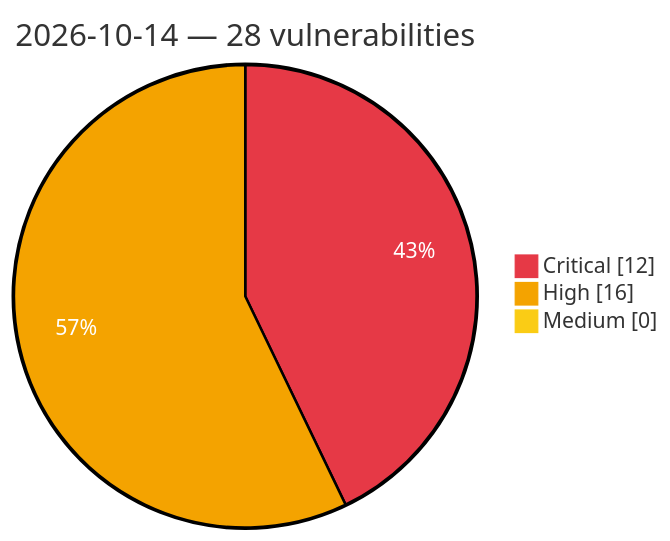
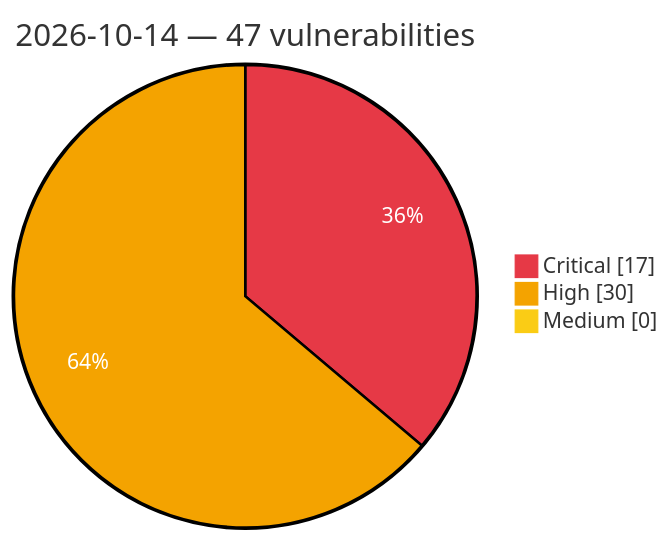
Before and after one commit to GhostX0X/vuln-tracker: the diagram in vulnerabilities/2026/October/2026-10-14.md, drawn with Mermaid. The commit also changed other lines of this file and 5 other files, not shown here.

Commit message:
Auto update: critical/high vulns (2026-10-14 15:10 UTC)

````diff
--- a/vulnerabilities/2026/October/2026-10-14.md
+++ b/vulnerabilities/2026/October/2026-10-14.md
@@ -3,8 +3,8 @@
 ```mermaid
 %%{init: {'theme':'base', 'themeVariables': {'pie1':'#e63946', 'pie2':'#f4a300', 'pie3':'#facc15', 'pieOpacity':'1', 'pieOuterStrokeWidth':'2px', 'pieSectionTextColor':'#ffffff'}}}%%
 pie showData
-    title 2026-10-14 — 28 vulnerabilities
-    "Critical" : 12
-    "High" : 16
+    title 2026-10-14 — 47 vulnerabilities
+    "Critical" : 17
+    "High" : 30
     "Medium" : 0
 ```
````
